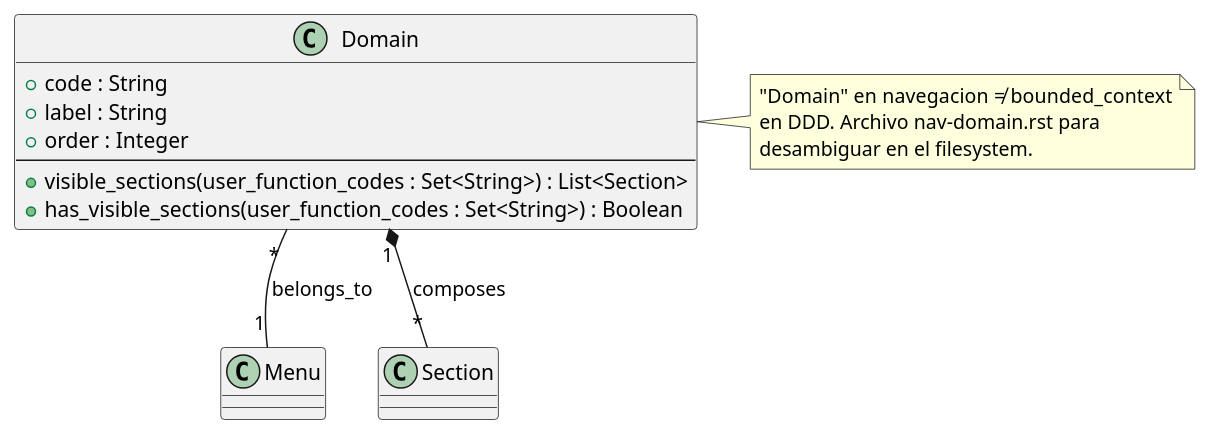
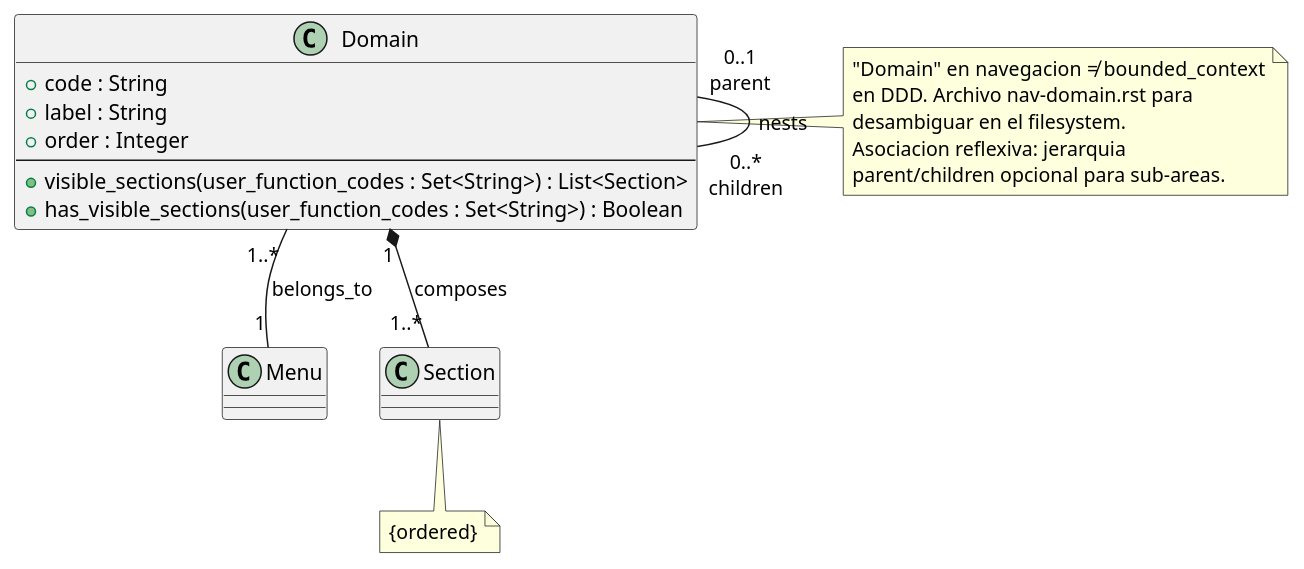
One commit to jcg-admin/IACT-docs changed the diagram in source/arquitectura-tecnica/domain-model/nav-domain.rst. Above: the diagram before and after it, drawn with PlantUML. The commit also changed 53 other files, not shown here.

First line of the commit message:
Apply UML rigor pass batch 1: RBAC core + Reports generalization

```diff
--- a/source/arquitectura-tecnica/domain-model/nav-domain.rst
+++ b/source/arquitectura-tecnica/domain-model/nav-domain.rst
@@ -30,28 +30,36 @@
 .. uml::
  :caption: Clase Domain (nav) — raíz de la jerarquía de
            navegación del menú.
 
  @startuml
 
  class Domain {
    + code : String
    + label : String
    + order : Integer
    --
    + visible_sections(user_function_codes : Set<String>) : List<Section>
    + has_visible_sections(user_function_codes : Set<String>) : Boolean
  }
 
  class Menu
  class Section
 
- Domain "*" -- "1" Menu : belongs_to
- Domain "1" *-- "*" Section : composes
+ Domain "1..*" -- "1" Menu : belongs_to
+ Domain "1" *-- "1..*" Section : composes
+
+ Domain "0..1\nparent" -- "0..*\nchildren" Domain : nests
+
+ note bottom of Section
+   {ordered}
+ end note
 
  note right of Domain
    "Domain" en navegacion ≠ bounded_context
    en DDD. Archivo nav-domain.rst para
    desambiguar en el filesystem.
+   Asociacion reflexiva: jerarquia
+   parent/children opcional para sub-areas.
  end note
 
  @enduml
```
